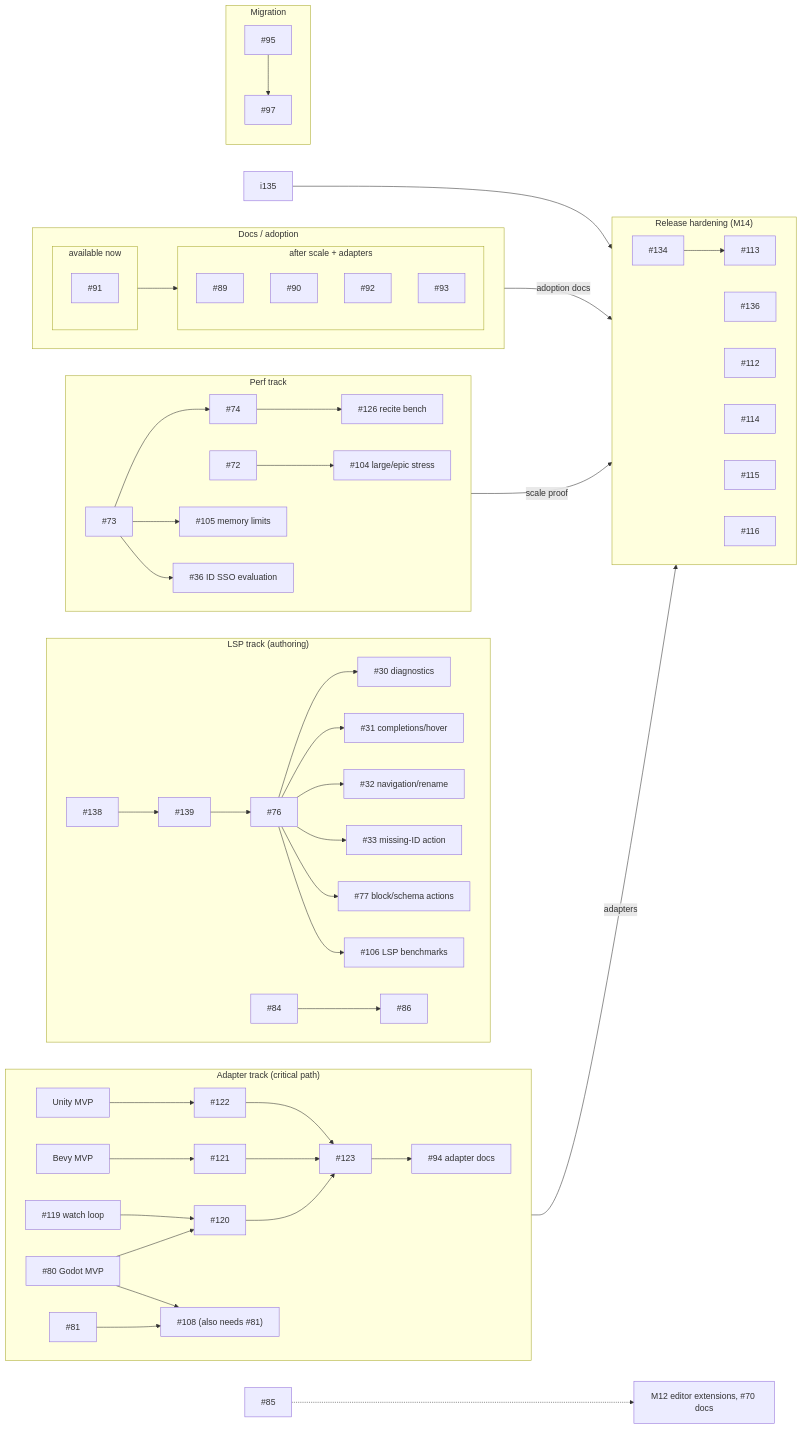
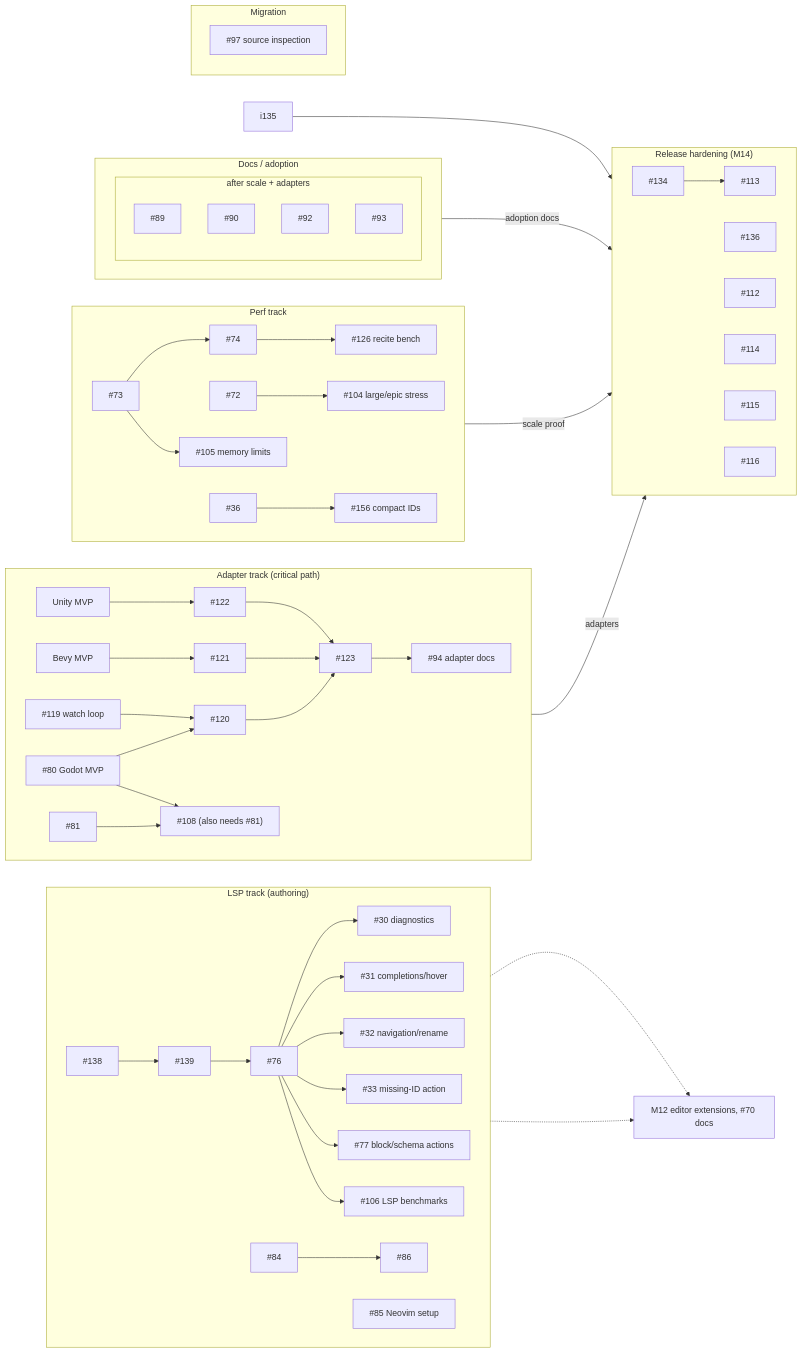
Before and after one commit to plethu/recite: the diagram in docs/roadmap.md, drawn with Mermaid. The commit also changed other lines of this file, not shown here.

Commit message:
docs: refresh roadmap after issue batch

````diff
--- a/docs/roadmap.md
+++ b/docs/roadmap.md
@@ -53,74 +53,72 @@
 ```mermaid
 flowchart LR
   subgraph LSP["LSP track (authoring)"]
     direction LR
     i138["#138"] --> i139["#139"]
     i139["#139"] --> i76["#76"]
     i76 --> i30["#30 diagnostics"]
     i76 --> i31["#31 completions/hover"]
     i76 --> i32["#32 navigation/rename"]
     i76 --> i33["#33 missing-ID action"]
     i76 --> i77["#77 block/schema actions"]
     i76 --> i106["#106 LSP benchmarks"]
     i84["#84"] --> i86["#86"]
+    i85["#85 Neovim setup"]
   end
 
   subgraph ADP["Adapter track (critical path)"]
     direction LR
     i80["#80 Godot MVP"] --> i120["#120"]
     i119["#119 watch loop"] --> i120
     iBevy["Bevy MVP"] --> i121["#121"]
     iUnity["Unity MVP"] --> i122["#122"]
     i120 --> i123["#123"]
     i121 --> i123
     i122 --> i123
     i123 --> i94["#94 adapter docs"]
     i81["#81"] --> i108
     i80 --> i108["#108 (also needs #81)"]
   end
 
   subgraph PERF["Perf track"]
     direction LR
     i73["#73"] --> i74["#74"]
     i74 --> i126["#126 recite bench"]
     i72["#72"] --> i104["#104 large/epic stress"]
     i73 --> i105["#105 memory limits"]
-    i73 --> i36["#36 ID SSO evaluation"]
+    i36["#36"] --> i156["#156 compact IDs"]
   end
 
   subgraph DOCS["Docs / adoption"]
     direction LR
-    subgraph DNOW["available now"]
-      i91["#91"]
-    end
     subgraph DLATER["after scale + adapters"]
       i89["#89"]
       i90["#90"]
       i92["#92"]
       i93["#93"]
     end
-    DNOW --> DLATER
   end
 
   subgraph MIG["Migration"]
-    i95["#95"] --> i97["#97"]
+    i97["#97 source inspection"]
   end
 
   subgraph REL["Release hardening (M14)"]
     direction LR
     i134["#134"]
     i136["#136"]
     i112["#112"]
     i113["#113"]
     i114["#114"]
     i115["#115"]
     i116["#116"]
   end
 
-  i85["#85"] -.-> editor["M12 editor extensions, #70 docs"]
+  i84 -.-> editor["M12 editor extensions, #70 docs"]
+  i85 -.-> editor
   i134 --> i113
   i135 --> i112
   i94 -- adapters --> REL
   i74 -- scale proof --> REL
   DLATER -- adoption docs --> REL
 ```
````
